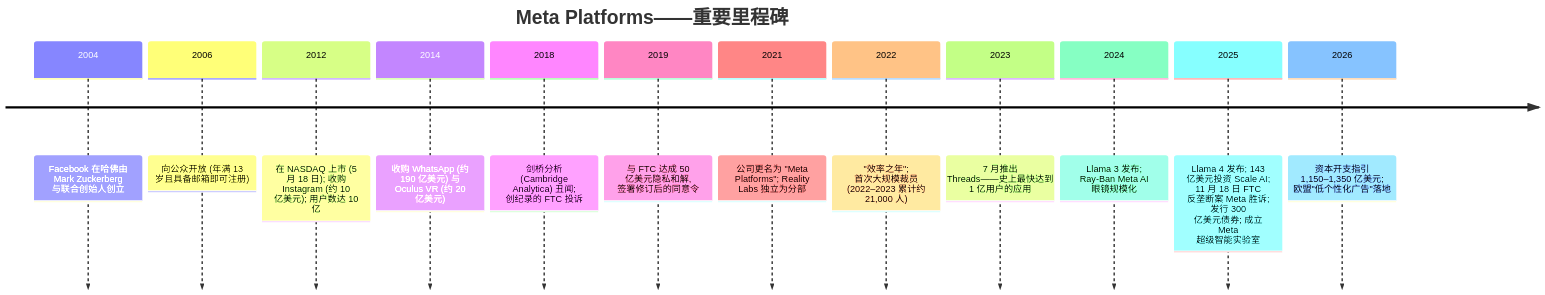
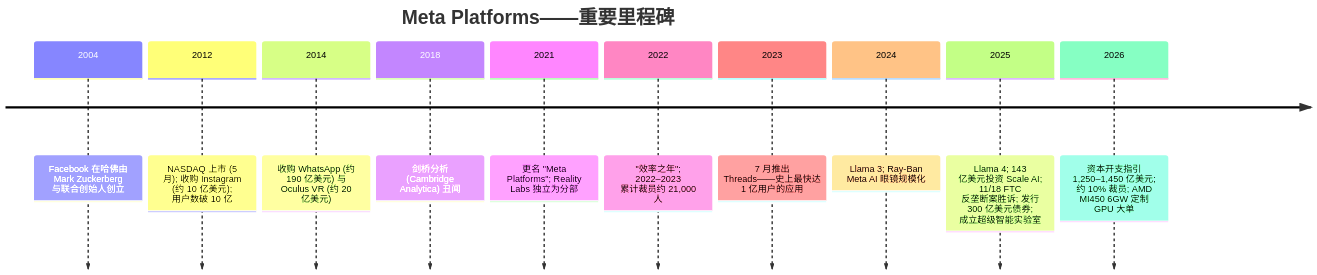
The first of 5 diagrams in reports/company/Meta_NASDAQ_META/Meta_NASDAQ_META_公司研究.md (dadachundan/financial_agent), drawn with Mermaid before and after one commit. The commit also changed other lines of this file, not shown here.

First line of the commit message:
feat(company-research): refresh Meta (META) — full chart suite + decision layer

````diff
--- a/reports/company/Meta_NASDAQ_META/Meta_NASDAQ_META_公司研究.md
+++ b/reports/company/Meta_NASDAQ_META/Meta_NASDAQ_META_公司研究.md
@@ -60,16 +396,14 @@
 ```mermaid
 timeline
     title Meta Platforms——重要里程碑
     2004 : Facebook 在哈佛由 Mark Zuckerberg 与联合创始人创立
-    2006 : 向公众开放 (年满 13 岁且具备邮箱即可注册)
-    2012 : 在 NASDAQ 上市 (5 月 18 日); 收购 Instagram (约 10 亿美元); 用户数达 10 亿
+    2012 : NASDAQ 上市 (5 月); 收购 Instagram (约 10 亿美元); 用户数破 10 亿
     2014 : 收购 WhatsApp (约 190 亿美元) 与 Oculus VR (约 20 亿美元)
-    2018 : 剑桥分析 (Cambridge Analytica) 丑闻; 创纪录的 FTC 投诉
-    2019 : 与 FTC 达成 50 亿美元隐私和解, 签署修订后的同意令
-    2021 : 公司更名为 "Meta Platforms"; Reality Labs 独立为分部
-    2022 : "效率之年"; 首次大规模裁员 (2022–2023 累计约 21,000 人)
-    2023 : 7 月推出 Threads——史上最快达到 1 亿用户的应用
-    2024 : Llama 3 发布; Ray-Ban Meta AI 眼镜规模化
-    2025 : Llama 4 发布; 143 亿美元投资 Scale AI; 11 月 18 日 FTC 反垄断案 Meta 胜诉; 发行 300 亿美元债券; 成立 Meta 超级智能实验室
-    2026 : 资本开支指引 1,150–1,350 亿美元; 欧盟"低个性化广告"落地
+    2018 : 剑桥分析 (Cambridge Analytica) 丑闻
+    2021 : 更名 "Meta Platforms"; Reality Labs 独立为分部
+    2022 : "效率之年"; 2022–2023 累计裁员约 21,000 人
+    2023 : 7 月推出 Threads——史上最快达 1 亿用户的应用
+    2024 : Llama 3; Ray-Ban Meta AI 眼镜规模化
+    2025 : Llama 4; 143 亿美元投资 Scale AI; 11/18 FTC 反垄断案胜诉; 发行 300 亿美元债券; 成立超级智能实验室
+    2026 : 资本开支指引 1,250–1,450 亿美元; 约 10% 裁员; AMD MI450 6GW 定制 GPU 大单
 ```
````
